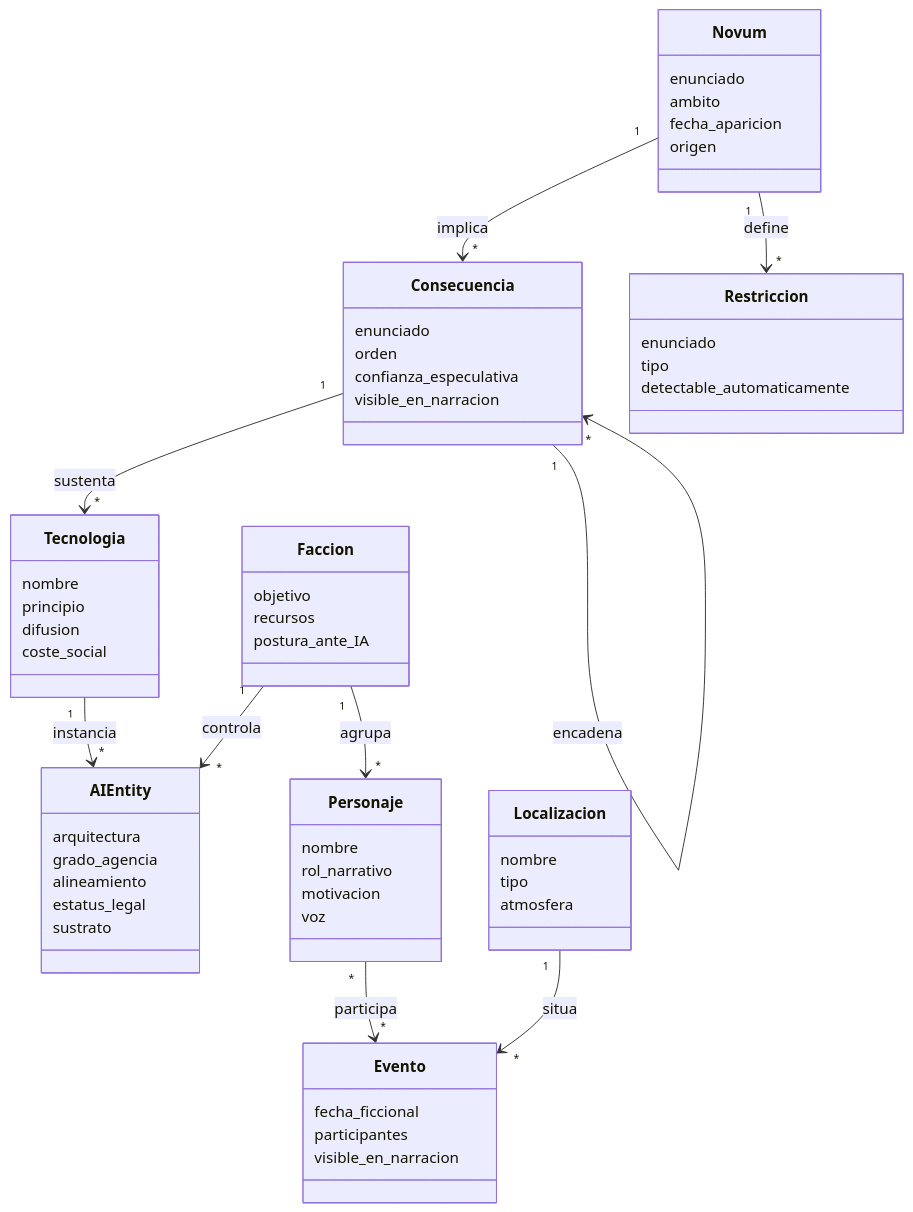
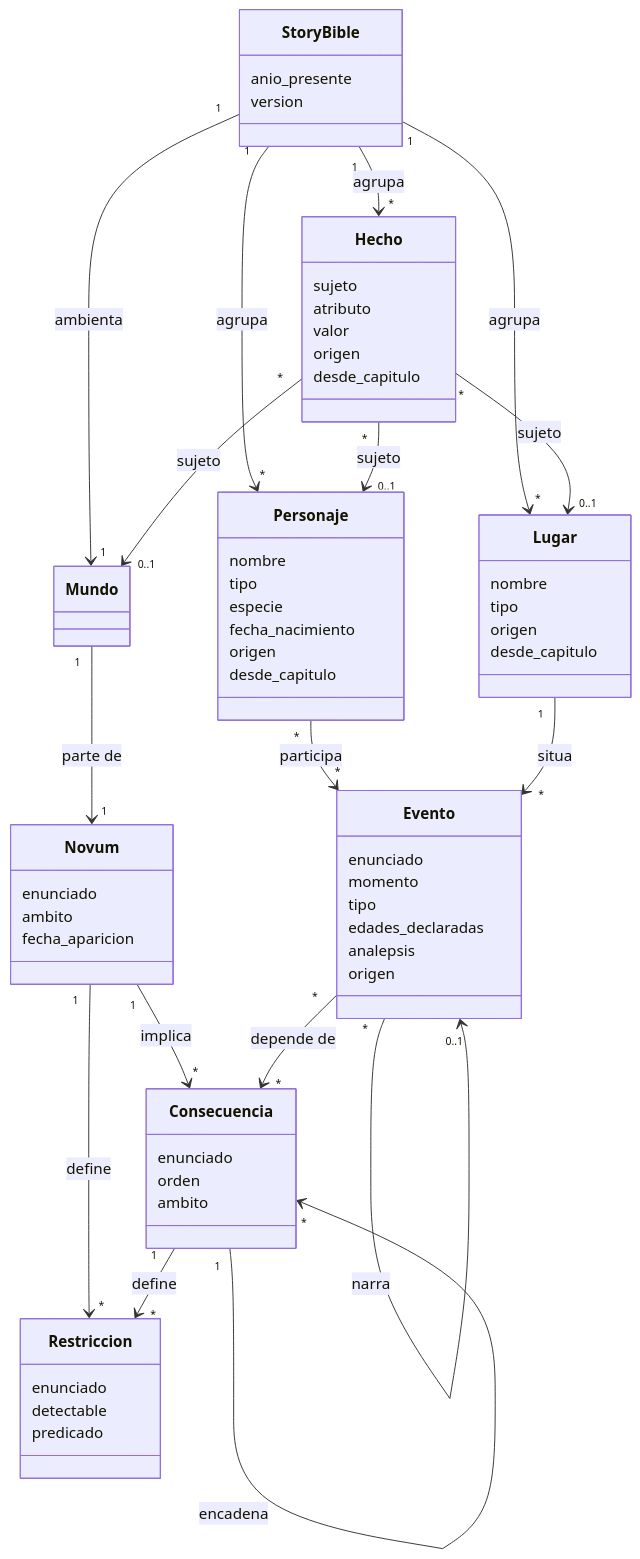
The second of 5 diagrams in docs/definitions.md (JNico-rb/story-maker), drawn with Mermaid before and after one commit. The commit also changed other lines of this file and 35 other files, not shown here.

````diff
--- a/docs/definitions.md
+++ b/docs/definitions.md
@@ -81,64 +314,69 @@
 ```mermaid
 classDiagram
+    class StoryBible {
+        anio_presente
+        version
+    }
+    class Mundo
     class Novum {
         enunciado
         ambito
         fecha_aparicion
-        origen
     }
     class Consecuencia {
         enunciado
         orden
-        confianza_especulativa
-        visible_en_narracion
+        ambito
     }
     class Restriccion {
         enunciado
-        tipo
-        detectable_automaticamente
-    }
-    class AIEntity {
-        arquitectura
-        grado_agencia
-        alineamiento
-        estatus_legal
-        sustrato
-    }
-    class Tecnologia {
-        nombre
-        principio
-        difusion
-        coste_social
-    }
-    class Faccion {
-        objetivo
-        recursos
-        postura_ante_IA
+        detectable
+        predicado
     }
     class Personaje {
         nombre
-        rol_narrativo
-        motivacion
-        voz
+        tipo
+        especie
+        fecha_nacimiento
+        origen
+        desde_capitulo
+    }
+    class Lugar {
+        nombre
+        tipo
+        origen
+        desde_capitulo
+    }
+    class Hecho {
+        sujeto
+        atributo
+        valor
+        origen
+        desde_capitulo
     }
     class Evento {
-        fecha_ficcional
-        participantes
-        visible_en_narracion
-    }
-    class Localizacion {
-        nombre
+        enunciado
+        momento
         tipo
-        atmosfera
+        edades_declaradas
+        analepsis
+        origen
     }
 
+    StoryBible "1" --> "1" Mundo : ambienta
+    Mundo "1" --> "1" Novum : parte de
     Novum "1" --> "*" Consecuencia : implica
     Consecuencia "1" --> "*" Consecuencia : encadena
-    Consecuencia "1" --> "*" Tecnologia : sustenta
     Novum "1" --> "*" Restriccion : define
-    Tecnologia "1" --> "*" AIEntity : instancia
-    Faccion "1" --> "*" Personaje : agrupa
-    Faccion "1" --> "*" AIEntity : controla
+    Consecuencia "1" --> "*" Restriccion : define
+    StoryBible "1" --> "*" Personaje : agrupa
+    StoryBible "1" --> "*" Lugar : agrupa
+    StoryBible "1" --> "*" Hecho : agrupa
+    Hecho "*" --> "0..1" Personaje : sujeto
+    Hecho "*" --> "0..1" Lugar : sujeto
+    Hecho "*" --> "0..1" Mundo : sujeto
     Personaje "*" --> "*" Evento : participa
-    Localizacion "1" --> "*" Evento : situa
+    Lugar "1" --> "*" Evento : situa
+    Evento "*" --> "*" Consecuencia : depende de
+    Evento "*" --> "0..1" Evento : narra
 ```
````
